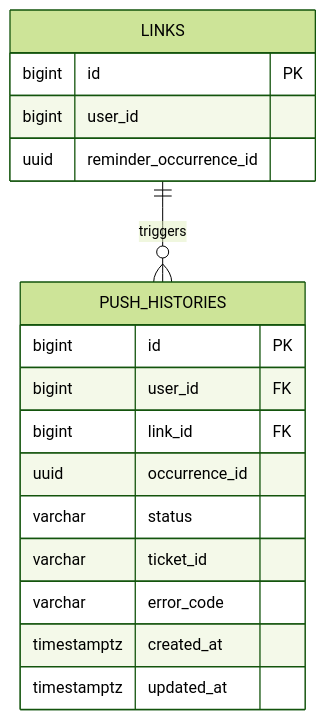
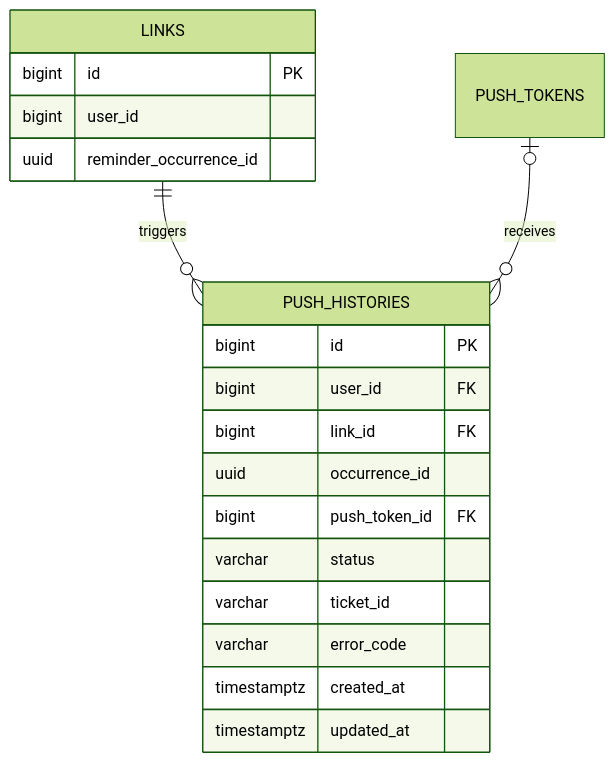
One commit to mash-up-kr/Promise.9-Server changed the diagram in docs/database/tables/push_histories.md. Above: the diagram before and after it, drawn with Mermaid (forest theme). The commit also changed other lines of this file and 5 other files, not shown here.

````diff
--- a/docs/database/tables/push_histories.md
+++ b/docs/database/tables/push_histories.md
@@ -7,22 +7,24 @@
 ```mermaid
 erDiagram
   LINKS ||--o{ PUSH_HISTORIES : triggers
+  PUSH_TOKENS |o--o{ PUSH_HISTORIES : receives
 
   LINKS {
     bigint id PK
     bigint user_id
     uuid reminder_occurrence_id
   }
 
   PUSH_HISTORIES {
     bigint id PK
     bigint user_id FK
     bigint link_id FK
     uuid occurrence_id
+    bigint push_token_id FK
     varchar status
     varchar ticket_id
     varchar error_code
     timestamptz created_at
     timestamptz updated_at
   }
 ```
````
